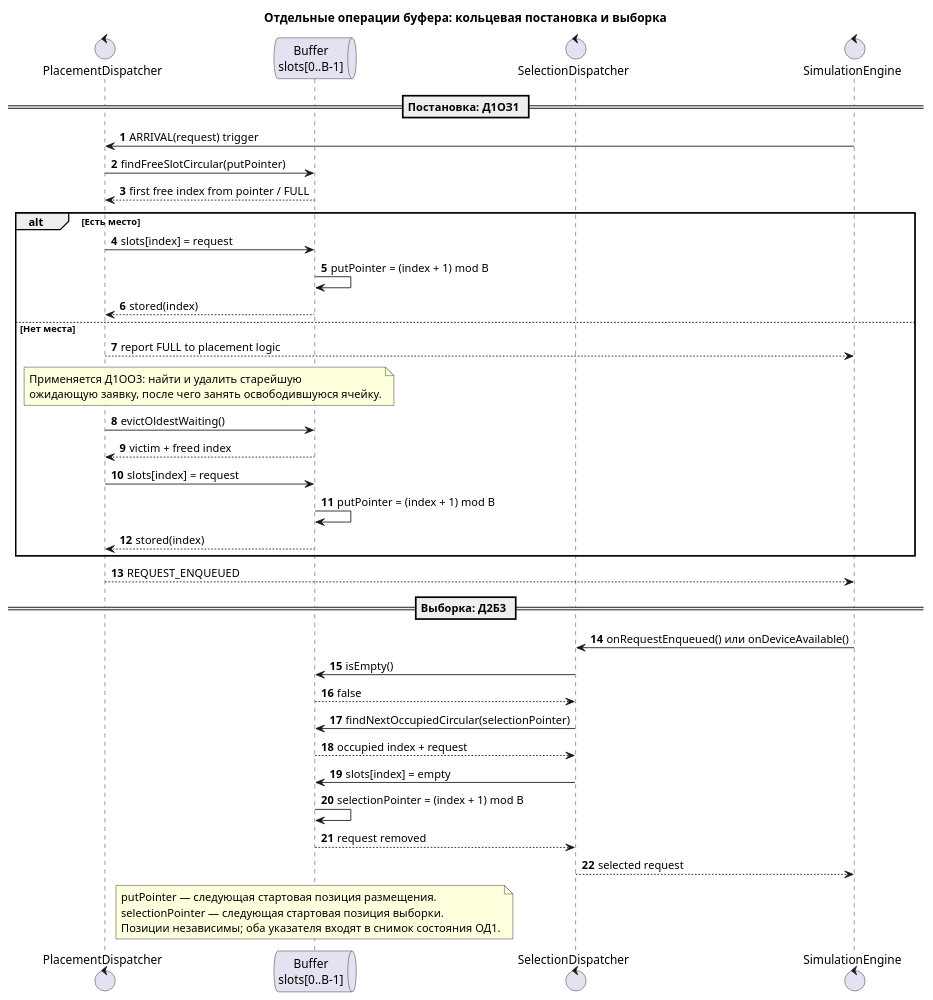
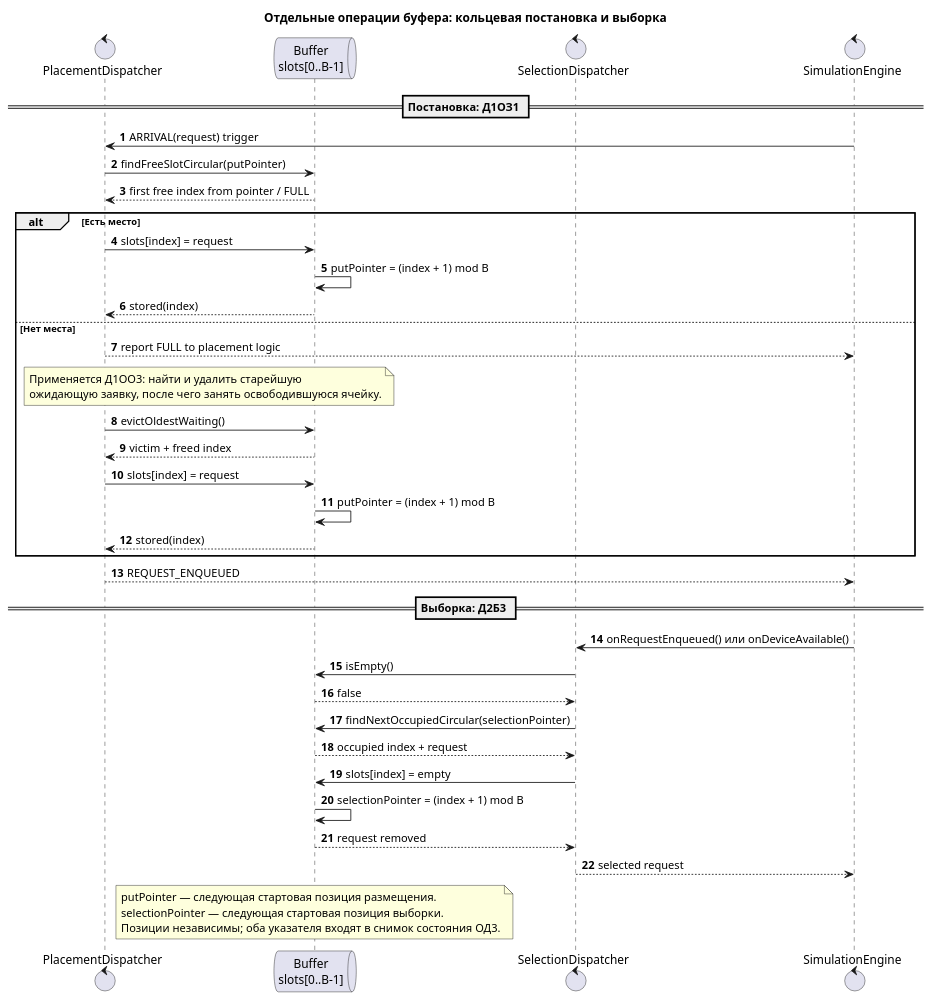
One commit to Elektrek/smo-internet-shop-variant-3 changed the diagram in docs/diagrams/sequence/buffer-operations.puml. Above: the diagram before and after it, drawn with PlantUML.

Commit message:
Update buffer

```diff
--- a/docs/diagrams/sequence/buffer-operations.puml
+++ b/docs/diagrams/sequence/buffer-operations.puml
@@ -1,47 +1,47 @@
 @startuml
  title Отдельные операции буфера: кольцевая постановка и выборка
  autonumber
  control "PlacementDispatcher" as Put
  queue "Buffer\nslots[0..B-1]" as Buffer
  control "SelectionDispatcher" as Select
  control "SimulationEngine" as Engine
 
  == Постановка: Д1ОЗ1 ==
  Engine -> Put: ARRIVAL(request) trigger
  Put -> Buffer: findFreeSlotCircular(putPointer)
  Buffer --> Put: first free index from pointer / FULL
  alt Есть место
    Put -> Buffer: slots[index] = request
    Buffer -> Buffer: putPointer = (index + 1) mod B
    Buffer --> Put: stored(index)
  else Нет места
    Put --> Engine: report FULL to placement logic
    note over Put,Buffer
    Применяется Д1ОО3: найти и удалить старейшую
    ожидающую заявку, после чего занять освободившуюся ячейку.
    end note
    Put -> Buffer: evictOldestWaiting()
    Buffer --> Put: victim + freed index
    Put -> Buffer: slots[index] = request
    Buffer -> Buffer: putPointer = (index + 1) mod B
    Buffer --> Put: stored(index)
  end
  Put --> Engine: REQUEST_ENQUEUED
 
  == Выборка: Д2Б3 ==
  Engine -> Select: onRequestEnqueued() или onDeviceAvailable()
  Select -> Buffer: isEmpty()
  Buffer --> Select: false
  Select -> Buffer: findNextOccupiedCircular(selectionPointer)
  Buffer --> Select: occupied index + request
  Select -> Buffer: slots[index] = empty
  Buffer -> Buffer: selectionPointer = (index + 1) mod B
  Buffer --> Select: request removed
  Select --> Engine: selected request
 
  note over Buffer
  putPointer — следующая стартовая позиция размещения.
  selectionPointer — следующая стартовая позиция выборки.
- Позиции независимы; оба указателя входят в снимок состояния ОД1.
+ Позиции независимы; оба указателя входят в снимок состояния ОД3.
  end note
 @enduml
```
